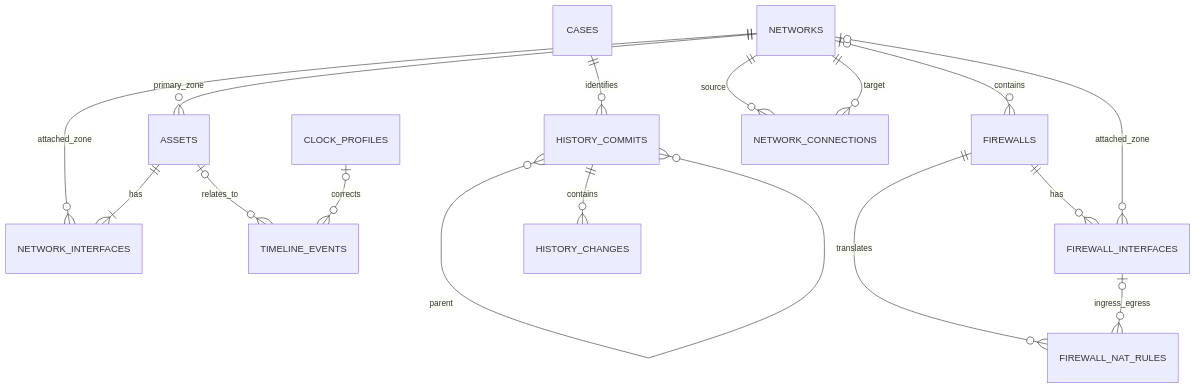
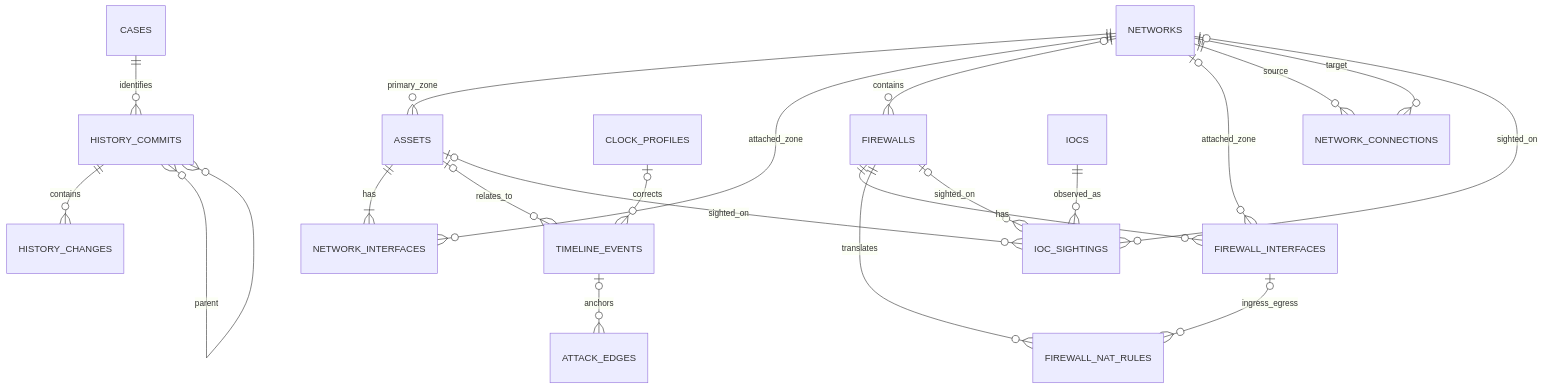
Before and after one commit to phmngcthanh/DFIR_notebook: the third of 4 diagrams in docs/ARCHITECTURE.md, drawn with Mermaid. The commit also changed other lines of this file and 22 other files, not shown here.

First line of the commit message:
WIP: investigation graph (IOC sightings, attack edges, saved views)

````diff
--- a/docs/ARCHITECTURE.md
+++ b/docs/ARCHITECTURE.md
@@ -140,18 +140,23 @@
 ```mermaid
 erDiagram
     CASES ||--o{ HISTORY_COMMITS : identifies
     NETWORKS ||--o{ ASSETS : primary_zone
     NETWORKS ||--o{ NETWORK_INTERFACES : attached_zone
     ASSETS ||--|{ NETWORK_INTERFACES : has
     ASSETS o|--o{ TIMELINE_EVENTS : relates_to
     CLOCK_PROFILES o|--o{ TIMELINE_EVENTS : corrects
     NETWORKS o|--o{ FIREWALLS : contains
     FIREWALLS ||--o{ FIREWALL_INTERFACES : has
     NETWORKS o|--o{ FIREWALL_INTERFACES : attached_zone
     FIREWALLS ||--o{ FIREWALL_NAT_RULES : translates
     FIREWALL_INTERFACES o|--o{ FIREWALL_NAT_RULES : ingress_egress
     NETWORKS ||--o{ NETWORK_CONNECTIONS : source
     NETWORKS ||--o{ NETWORK_CONNECTIONS : target
+    IOCS ||--o{ IOC_SIGHTINGS : observed_as
+    ASSETS o|--o{ IOC_SIGHTINGS : sighted_on
+    NETWORKS o|--o{ IOC_SIGHTINGS : sighted_on
+    FIREWALLS o|--o{ IOC_SIGHTINGS : sighted_on
+    TIMELINE_EVENTS o|--o{ ATTACK_EDGES : anchors
     HISTORY_COMMITS ||--o{ HISTORY_CHANGES : contains
     HISTORY_COMMITS }o--o{ HISTORY_COMMITS : parent
 ```
````
